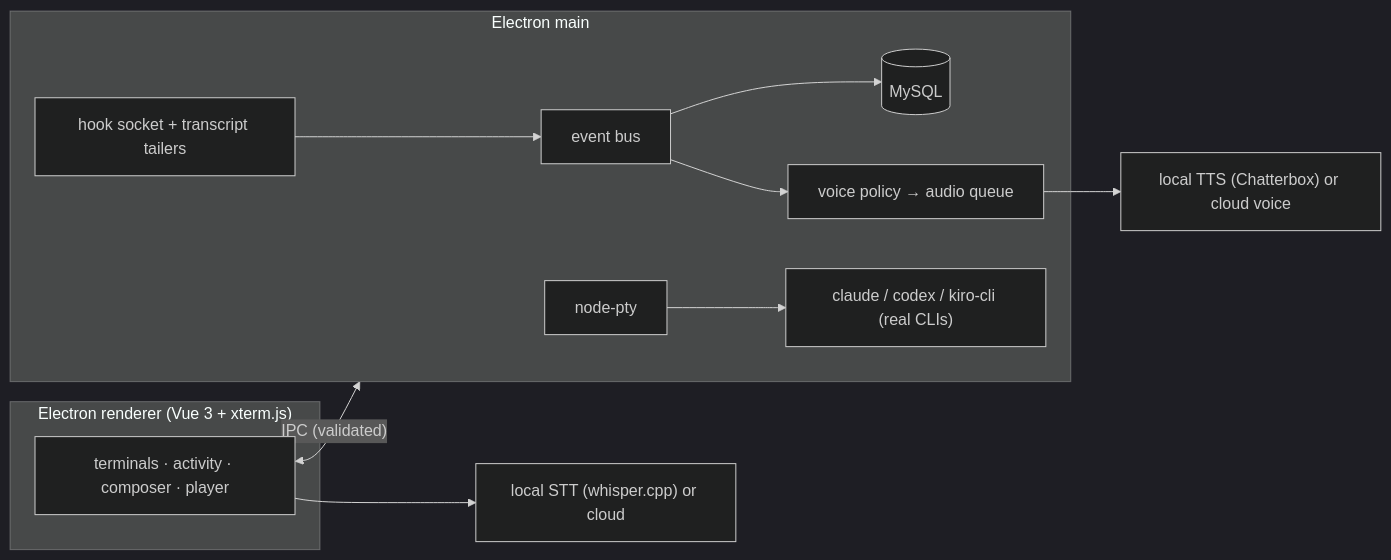
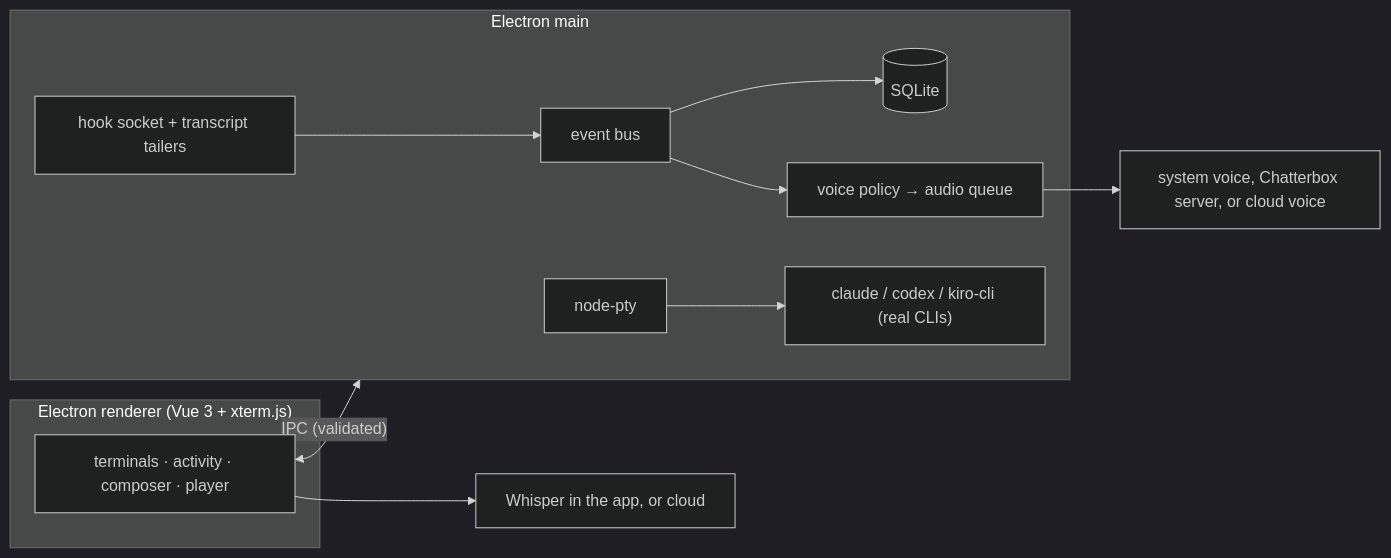
The diagram in README.md (felipewww/uterm), drawn with Mermaid (dark theme) before and after one commit. The commit also changed other lines of this file and 79 other files, not shown here.

````diff
--- a/README.md
+++ b/README.md
@@ -103,15 +86,15 @@
 ```mermaid
 flowchart LR
   subgraph Renderer["Electron renderer (Vue 3 + xterm.js)"]
     UI["terminals · activity · composer · player"]
   end
   subgraph Main["Electron main"]
     PTY["node-pty"] --> CLI["claude / codex / kiro-cli (real CLIs)"]
     HOOKS["hook socket + transcript tailers"] --> BUS["event bus"]
     BUS --> POLICY["voice policy → audio queue"]
-    BUS --> DB[("MySQL")]
+    BUS --> DB[("SQLite")]
   end
   UI <-- "IPC (validated)" --> Main
-  POLICY --> TTS["local TTS (Chatterbox) or cloud voice"]
-  UI --> STT["local STT (whisper.cpp) or cloud"]
+  POLICY --> TTS["system voice, Chatterbox server, or cloud voice"]
+  UI --> STT["Whisper in the app, or cloud"]
 ```
````
